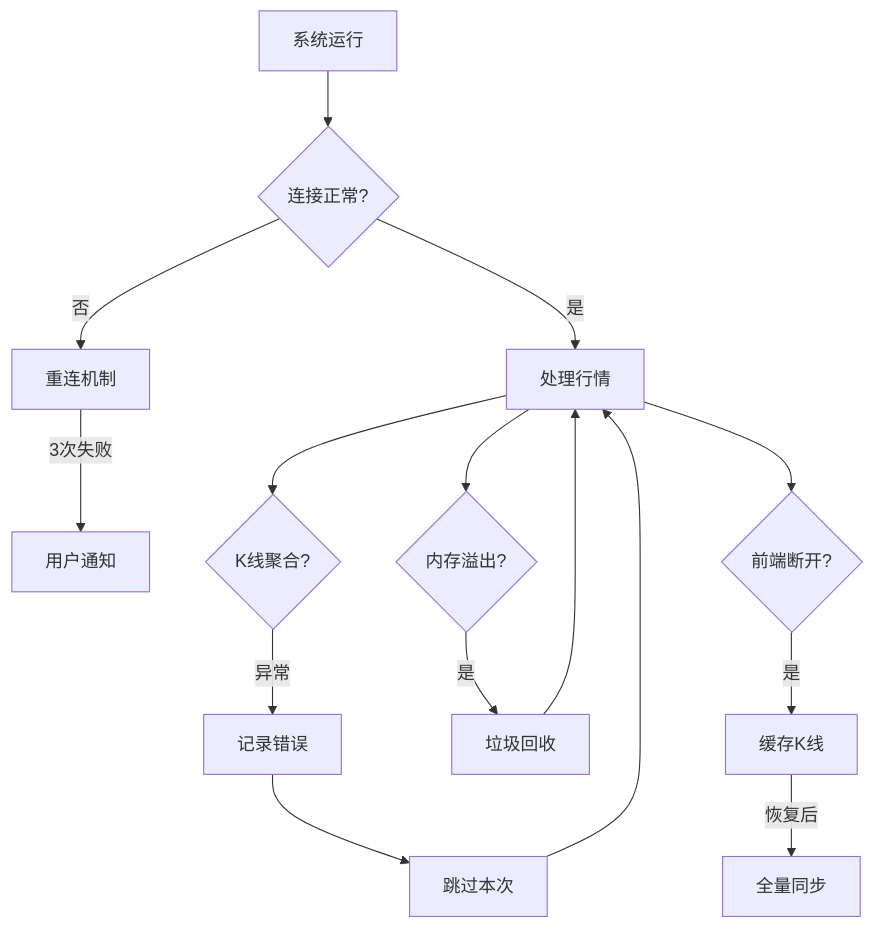
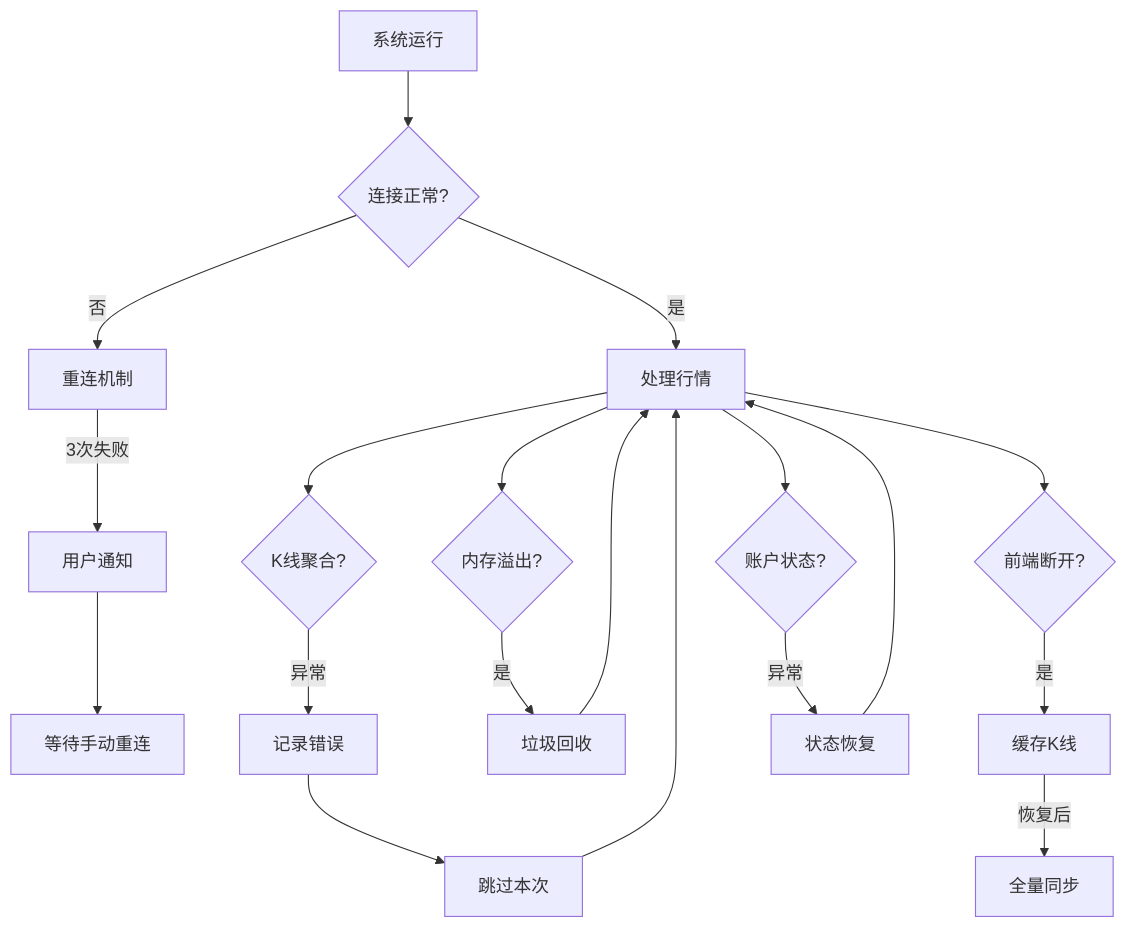
One commit to gbench/malonylcoa changed the eighth of 8 diagrams in src/main/r/rws/projs/ctp/shinyapps/app11/readme.md. Above: the diagram before and after it, drawn with Mermaid. The commit also changed other lines of this file, not shown here.

````diff
--- a/src/main/r/rws/projs/ctp/shinyapps/app11/readme.md
+++ b/src/main/r/rws/projs/ctp/shinyapps/app11/readme.md
@@ -446,21 +834,26 @@
 ```mermaid
 flowchart TD
     Start[系统运行] --> Check1{连接正常?}
     
     Check1 -->|是| Process[处理行情]
     Check1 -->|否| Reconnect[重连机制]
     Reconnect -->|3次失败| Notify[用户通知]
+    Notify --> End[等待手动重连]
     
     Process --> Check2{K线聚合?}
     Check2 -->|异常| LogError[记录错误]
     LogError --> Continue[跳过本次]
     Continue --> Process
     
     Process --> Check3{内存溢出?}
     Check3 -->|是| GC[垃圾回收]
     GC --> Process
     
     Process --> Check4{前端断开?}
     Check4 -->|是| Buffer[缓存K线]
     Buffer -->|恢复后| Sync[全量同步]
+    
+    Process --> Check5{账户状态?}
+    Check5 -->|异常| Recover[状态恢复]
+    Recover --> Process
 ```
````
